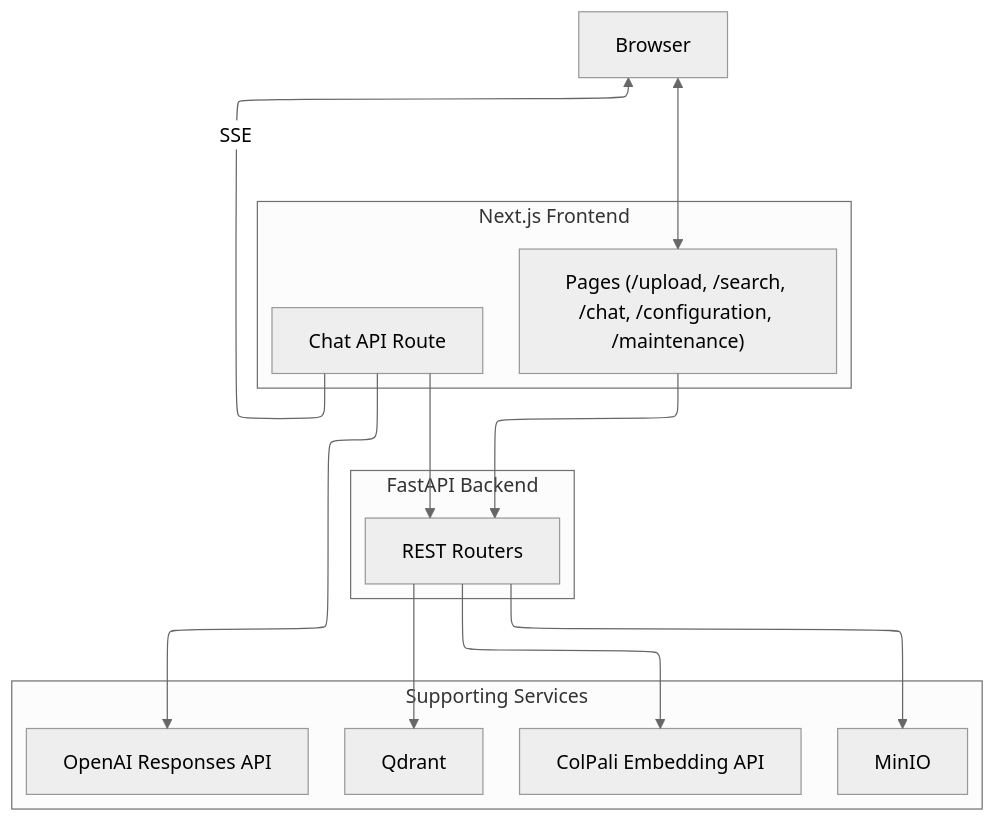
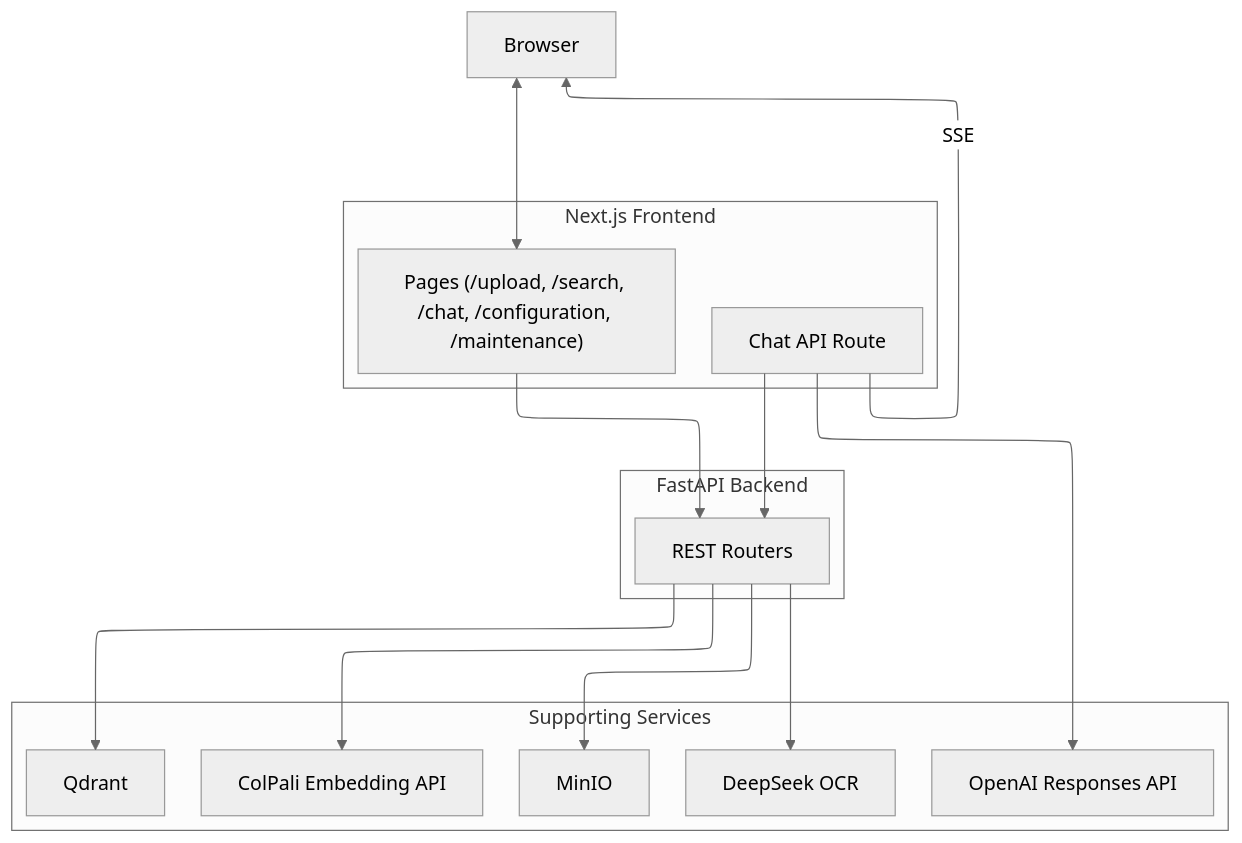
Before and after one commit to athrael-soju/Snappy: the diagram in README.md, drawn with Mermaid. The commit also changed other lines of this file and 4 other files, not shown here.

Commit message:
feat: update documentation for DeepSeek OCR integration and configuration

````diff
--- a/README.md
+++ b/README.md
@@ -67,32 +67,34 @@
 ```mermaid
 ---
 config:
   theme: neutral
   layout: elk
 ---
 flowchart TB
   subgraph Frontend["Next.js Frontend"]
     UI["Pages (/upload, /search, /chat, /configuration, /maintenance)"]
     CHAT["Chat API Route"]
   end
 
   subgraph Backend["FastAPI Backend"]
     API["REST Routers"]
   end
 
   subgraph Services["Supporting Services"]
     QDRANT["Qdrant"]
     MINIO["MinIO"]
     COLPALI["ColPali Embedding API"]
+    DEEPSEEK["DeepSeek OCR"]
     OPENAI["OpenAI Responses API"]
   end
 
   USER["Browser"] <--> UI
   UI --> API
   API --> QDRANT
   API --> MINIO
   API --> COLPALI
+  API --> DEEPSEEK
   CHAT --> API
   CHAT --> OPENAI
   CHAT -- SSE --> USER
 ```
````
